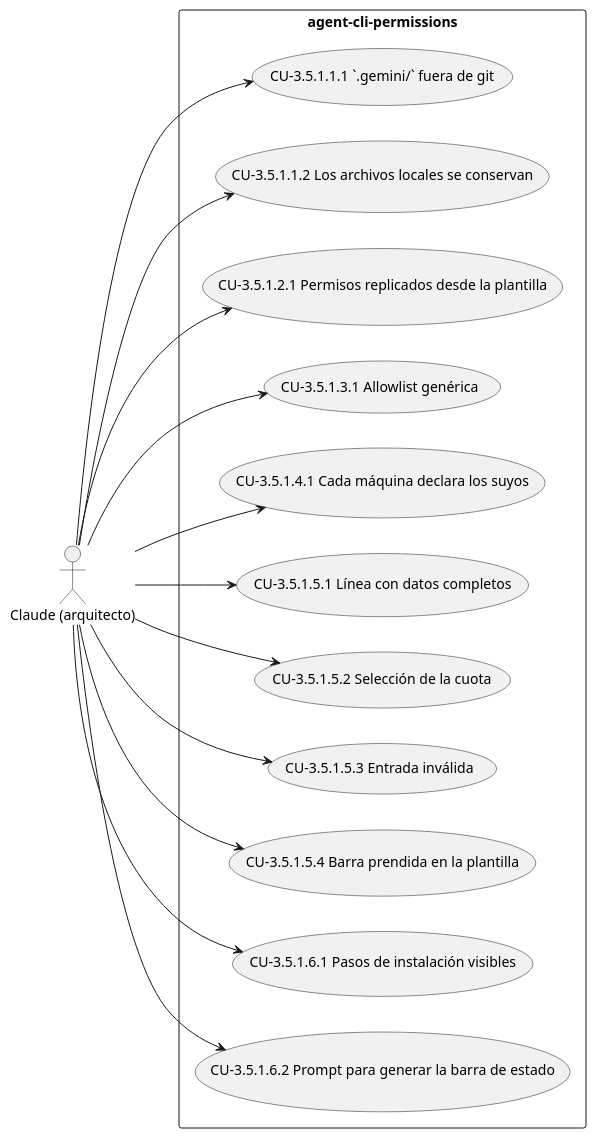
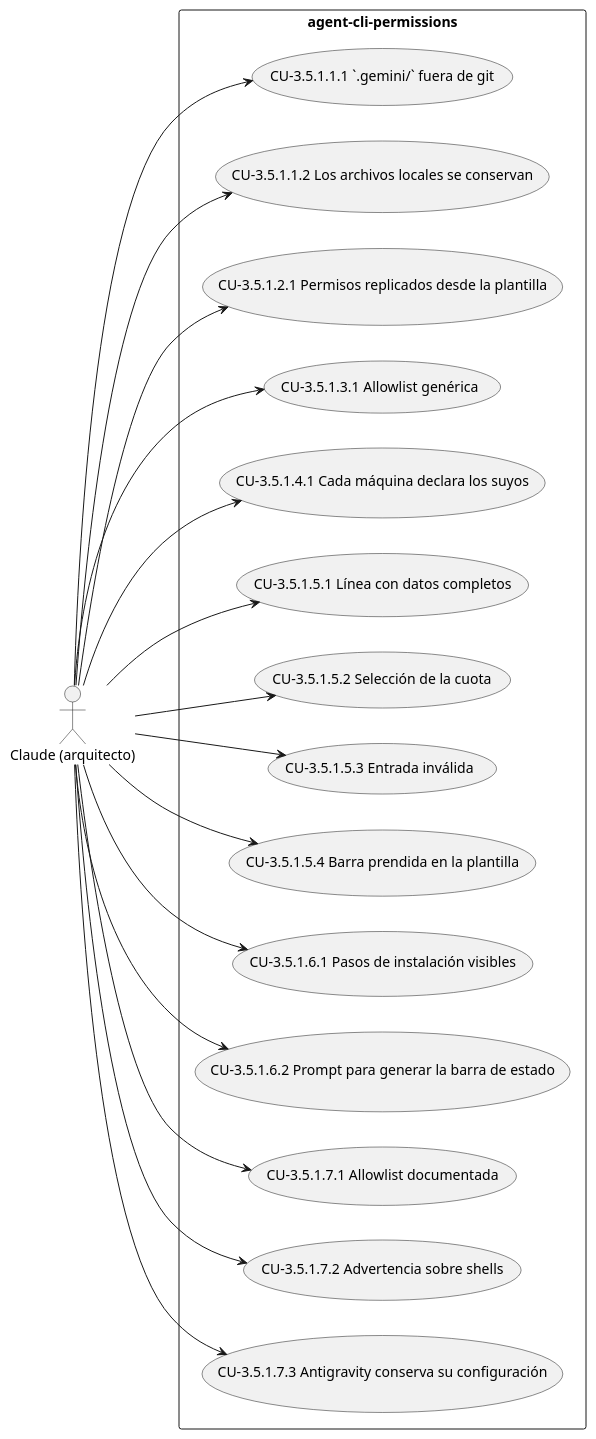
Before and after one commit to Lautaro-Montecchiani/sdd-global-config: the first of 11 diagrams in docs/srs.md, drawn with PlantUML. The commit also changed other lines of this file and 1 other file, not shown here.

````diff
--- a/docs/srs.md
+++ b/docs/srs.md
@@ -209,30 +209,36 @@
 ```plantuml
 @startuml
 left to right direction
 actor "Claude (arquitecto)" as A1
 rectangle "agent-cli-permissions" {
   usecase "CU-3.5.1.1.1 `.gemini/` fuera de git" as UC_3_5_1_1_1
   usecase "CU-3.5.1.1.2 Los archivos locales se conservan" as UC_3_5_1_1_2
   usecase "CU-3.5.1.2.1 Permisos replicados desde la plantilla" as UC_3_5_1_2_1
   usecase "CU-3.5.1.3.1 Allowlist genérica" as UC_3_5_1_3_1
   usecase "CU-3.5.1.4.1 Cada máquina declara los suyos" as UC_3_5_1_4_1
   usecase "CU-3.5.1.5.1 Línea con datos completos" as UC_3_5_1_5_1
   usecase "CU-3.5.1.5.2 Selección de la cuota" as UC_3_5_1_5_2
   usecase "CU-3.5.1.5.3 Entrada inválida" as UC_3_5_1_5_3
   usecase "CU-3.5.1.5.4 Barra prendida en la plantilla" as UC_3_5_1_5_4
   usecase "CU-3.5.1.6.1 Pasos de instalación visibles" as UC_3_5_1_6_1
   usecase "CU-3.5.1.6.2 Prompt para generar la barra de estado" as UC_3_5_1_6_2
+  usecase "CU-3.5.1.7.1 Allowlist documentada" as UC_3_5_1_7_1
+  usecase "CU-3.5.1.7.2 Advertencia sobre shells" as UC_3_5_1_7_2
+  usecase "CU-3.5.1.7.3 Antigravity conserva su configuración" as UC_3_5_1_7_3
 }
 A1 --> UC_3_5_1_1_1
 A1 --> UC_3_5_1_1_2
 A1 --> UC_3_5_1_2_1
 A1 --> UC_3_5_1_3_1
 A1 --> UC_3_5_1_4_1
 A1 --> UC_3_5_1_5_1
 A1 --> UC_3_5_1_5_2
 A1 --> UC_3_5_1_5_3
 A1 --> UC_3_5_1_5_4
 A1 --> UC_3_5_1_6_1
 A1 --> UC_3_5_1_6_2
+A1 --> UC_3_5_1_7_1
+A1 --> UC_3_5_1_7_2
+A1 --> UC_3_5_1_7_3
 @enduml
 ```
````
